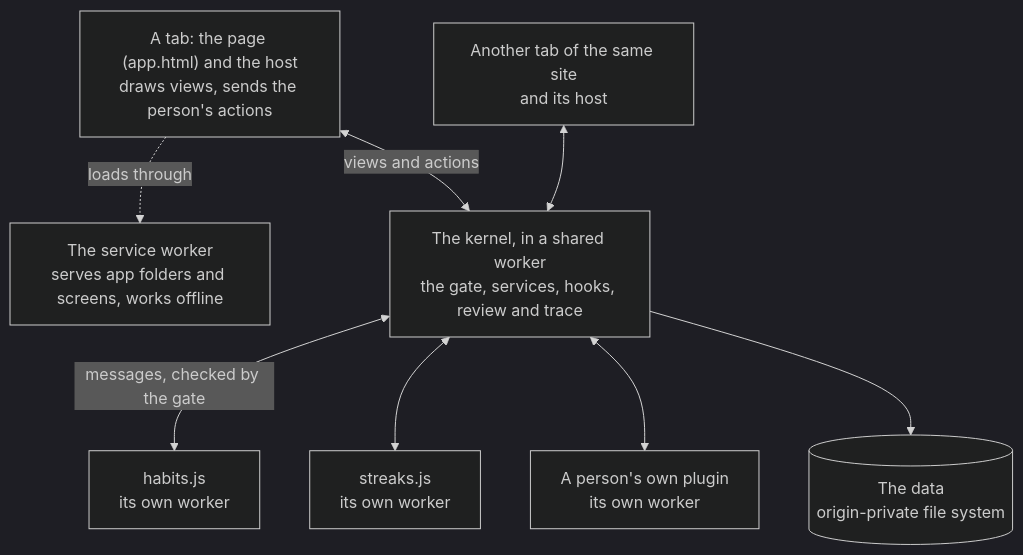
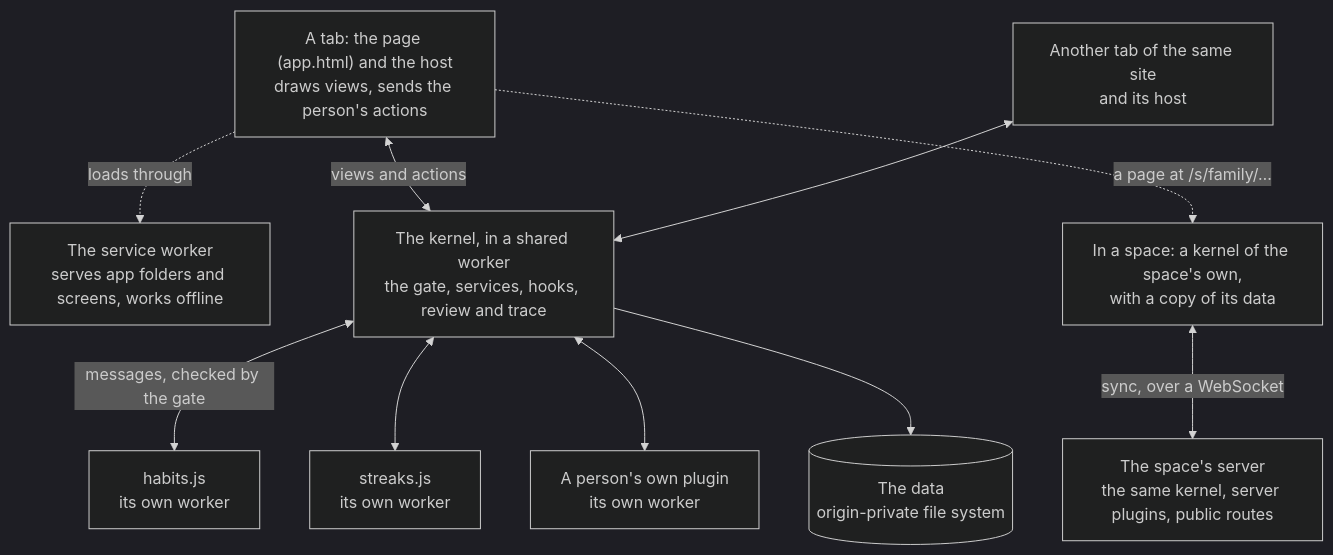
The first of 3 diagrams in docs/architecture.md (PaulKinlan/ExtensibleWebApps), drawn with Mermaid (dark theme) before and after one commit. The commit also changed other lines of this file and 23 other files, not shown here.

````diff
--- a/docs/architecture.md
+++ b/docs/architecture.md
@@ -7,18 +7,22 @@
 ```mermaid
 flowchart TB
     Tab1["A tab: the page (app.html) and the host<br/>draws views, sends the person's actions"]
     Tab2["Another tab of the same site<br/>and its host"]
     SW["The service worker<br/>serves app folders and screens, works offline"]
     Kernel["The kernel, in a shared worker<br/>the gate, services, hooks, review and trace"]
     Data[("The data<br/>origin-private file system")]
     P1["habits.js<br/>its own worker"]
     P2["streaks.js<br/>its own worker"]
     P3["A person's own plugin<br/>its own worker"]
     Tab1 -.->|loads through| SW
     Tab1 <-->|views and actions| Kernel
     Tab2 <--> Kernel
     Kernel <-->|messages, checked by the gate| P1
     Kernel <--> P2
     Kernel <--> P3
     Kernel --> Data
+    Space["In a space: a kernel of the space's own,<br/>with a copy of its data"]
+    Server["The space's server<br/>the same kernel, server plugins, public routes"]
+    Tab1 -.->|"a page at /s/family/…"| Space
+    Space <-->|sync, over a WebSocket| Server
 ```
````
